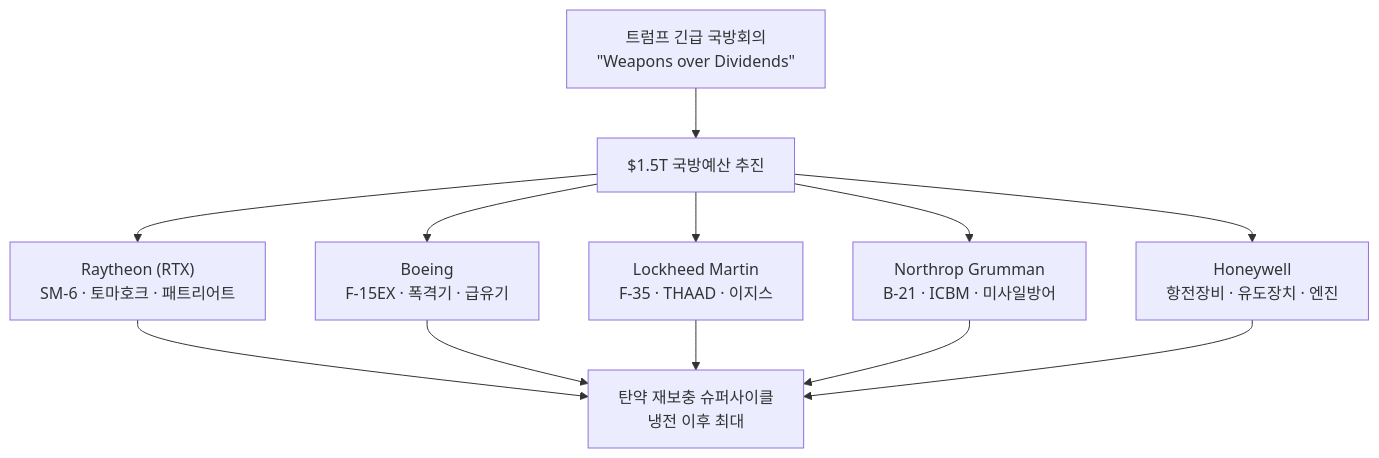
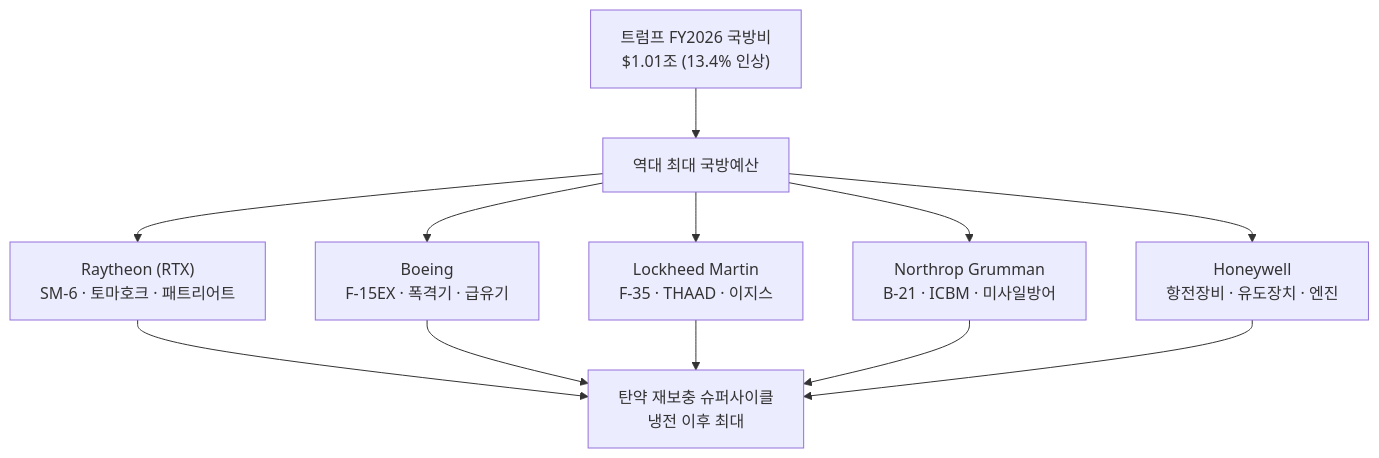
One commit to dss99911/dss99911.github.io changed the second of 7 diagrams in _posts/knowledge/invest/2026-03-07-defense-space-sector-outlook-2026.md. Above: the diagram before and after it, drawn with Mermaid. The commit also changed other lines of this file and 6 other files, not shown here.

````diff
--- a/_posts/knowledge/invest/2026-03-07-defense-space-sector-outlook-2026.md
+++ b/_posts/knowledge/invest/2026-03-07-defense-space-sector-outlook-2026.md
@@ -74,16 +87,16 @@
 ```mermaid
 graph TD
-    A["트럼프 긴급 국방회의<br/>&quot;Weapons over Dividends&quot;"] --> B["$1.5T 국방예산 추진"]
+    A["트럼프 FY2026 국방비<br/>$1.01조 (13.4% 인상)"] --> B["역대 최대 국방예산"]
 
     B --> C["Raytheon (RTX)<br/>SM-6 · 토마호크 · 패트리어트"]
     B --> D["Boeing<br/>F-15EX · 폭격기 · 급유기"]
     B --> E["Lockheed Martin<br/>F-35 · THAAD · 이지스"]
     B --> F["Northrop Grumman<br/>B-21 · ICBM · 미사일방어"]
     B --> G["Honeywell<br/>항전장비 · 유도장치 · 엔진"]
 
     C --> H["탄약 재보충 슈퍼사이클<br/>냉전 이후 최대"]
     D --> H
     E --> H
     F --> H
     G --> H
 ```
````
